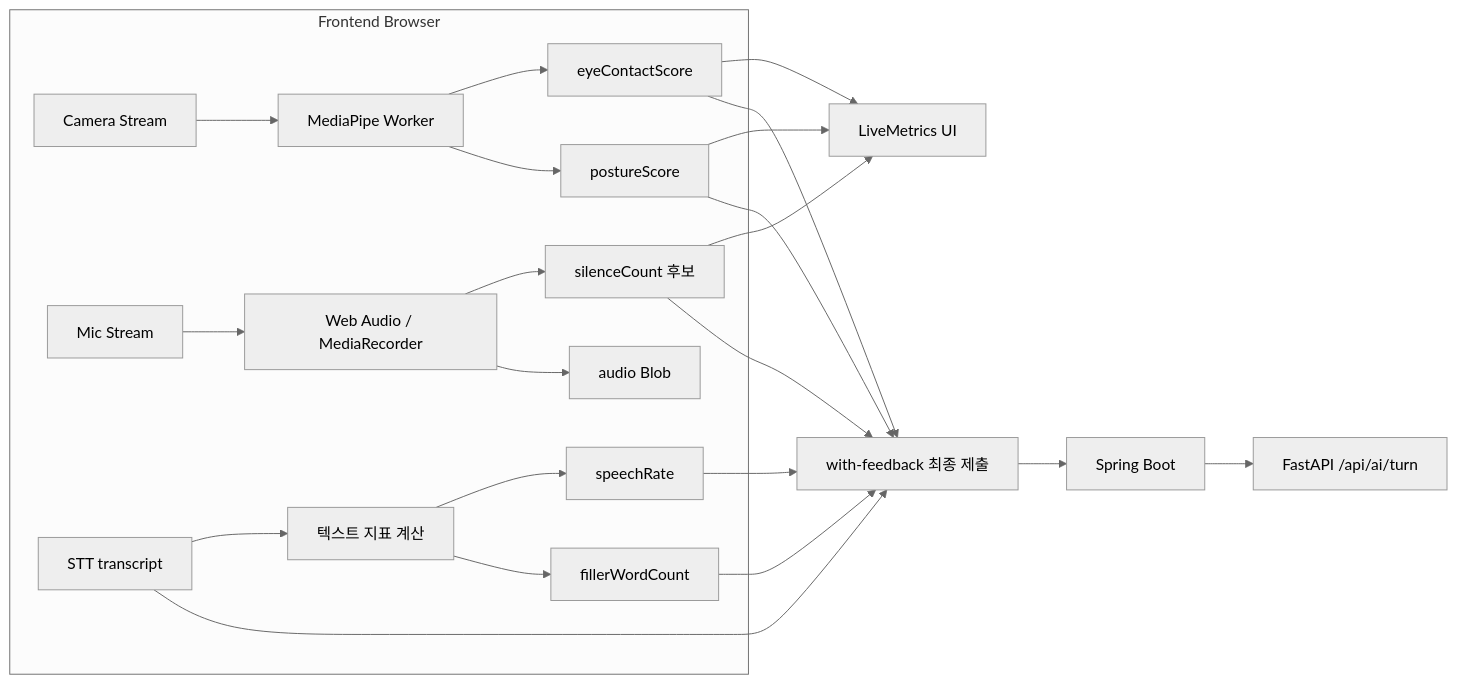
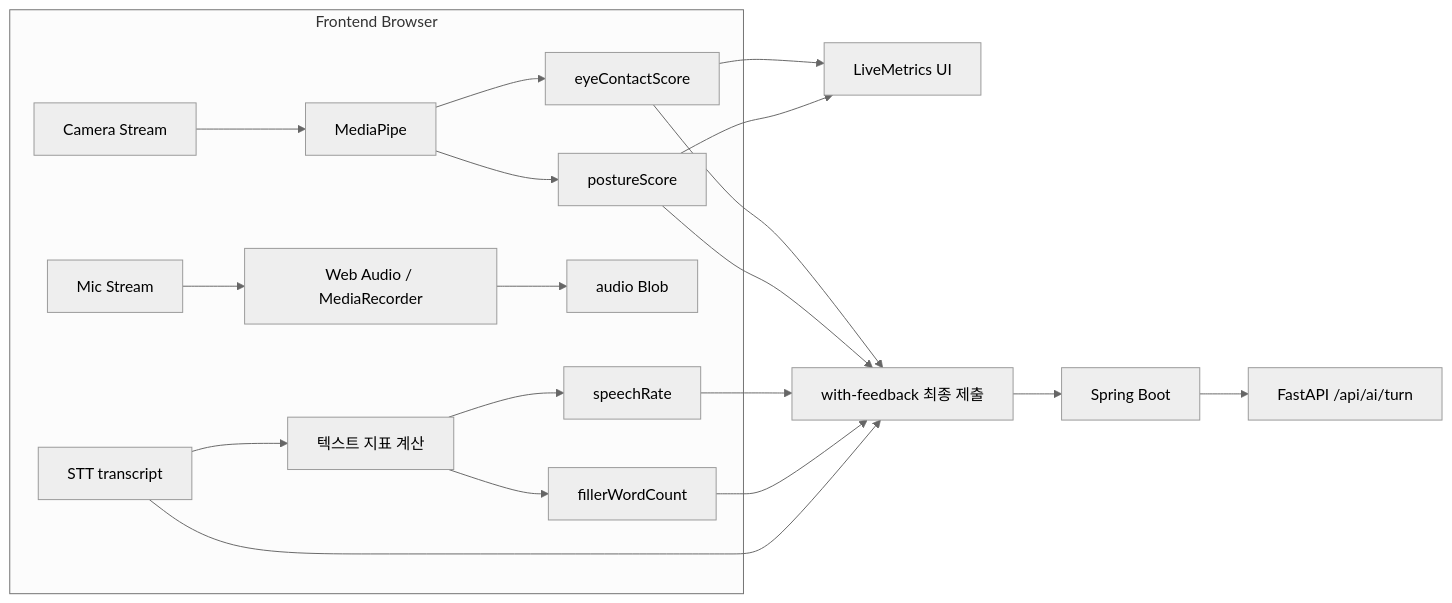
Before and after one commit to AXIA-AI-Tutor/frontend: the fourth of 7 diagrams in docs/live-ai-stt-mediapipe-integration-notes.md, drawn with Mermaid (neutral theme). The commit also changed other lines of this file, not shown here.

````diff
--- a/docs/live-ai-stt-mediapipe-integration-notes.md
+++ b/docs/live-ai-stt-mediapipe-integration-notes.md
@@ -171,28 +504,24 @@
 ```mermaid
 flowchart LR
   subgraph Browser[Frontend Browser]
-    Camera[Camera Stream] --> MP[MediaPipe Worker]
+    Camera[Camera Stream] --> MP[MediaPipe]
     MP --> Eye[eyeContactScore]
     MP --> Pose[postureScore]
     Mic[Mic Stream] --> Audio[Web Audio / MediaRecorder]
-    Audio --> Silence[silenceCount 후보]
     Audio --> Blob[audio Blob]
     STT[STT transcript] --> Text[텍스트 지표 계산]
     Text --> Speech[speechRate]
     Text --> Filler[fillerWordCount]
   end
 
   Eye --> UI[LiveMetrics UI]
   Pose --> UI
-  Silence --> UI
-
   Eye --> Submit[with-feedback 최종 제출]
   Pose --> Submit
   Speech --> Submit
   Filler --> Submit
-  Silence --> Submit
   STT --> Submit
 
   Submit --> Spring[Spring Boot]
   Spring --> AI[FastAPI /api/ai/turn]
 ```
````
